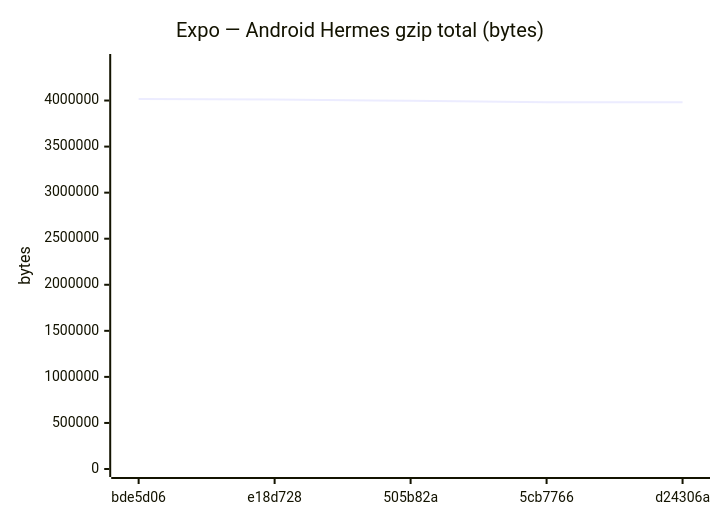
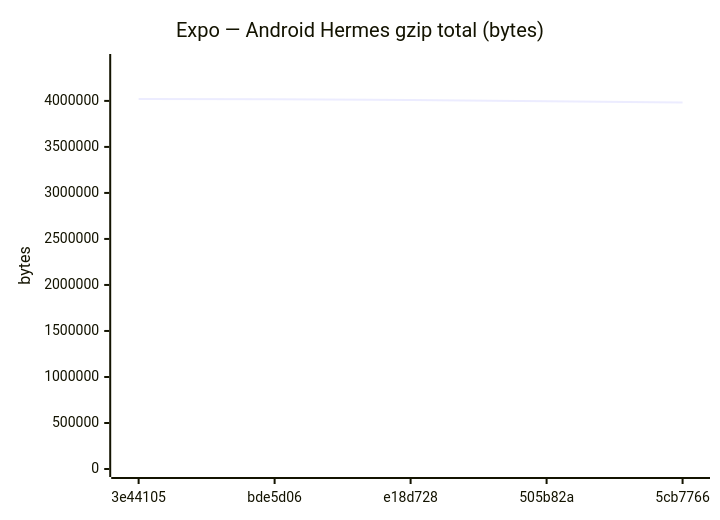
One commit to Metaheurist/Rianell changed diagram 11 of 18 in benchmarks/compare.md. Above: the diagram before and after it, drawn with Mermaid. The commit also changed other lines of this file and 11 other files, not shown here.

````diff
--- a/benchmarks/compare.md
+++ b/benchmarks/compare.md
@@ -172,7 +172,7 @@
 ```mermaid
 xychart-beta
     title "Expo — Android Hermes gzip total (bytes)"
-    x-axis ["bde5d06", "e18d728", "505b82a", "5cb7766", "d24306a"]
-    y-axis "bytes" 0 --> 4418328
-    line [4016661, 4010565, 3997221, 3982594, 3982590]
+    x-axis ["3e44105", "bde5d06", "e18d728", "505b82a", "5cb7766"]
+    y-axis "bytes" 0 --> 4422759
+    line [4020690, 4016661, 4010565, 3997221, 3982594]
 ```
````
